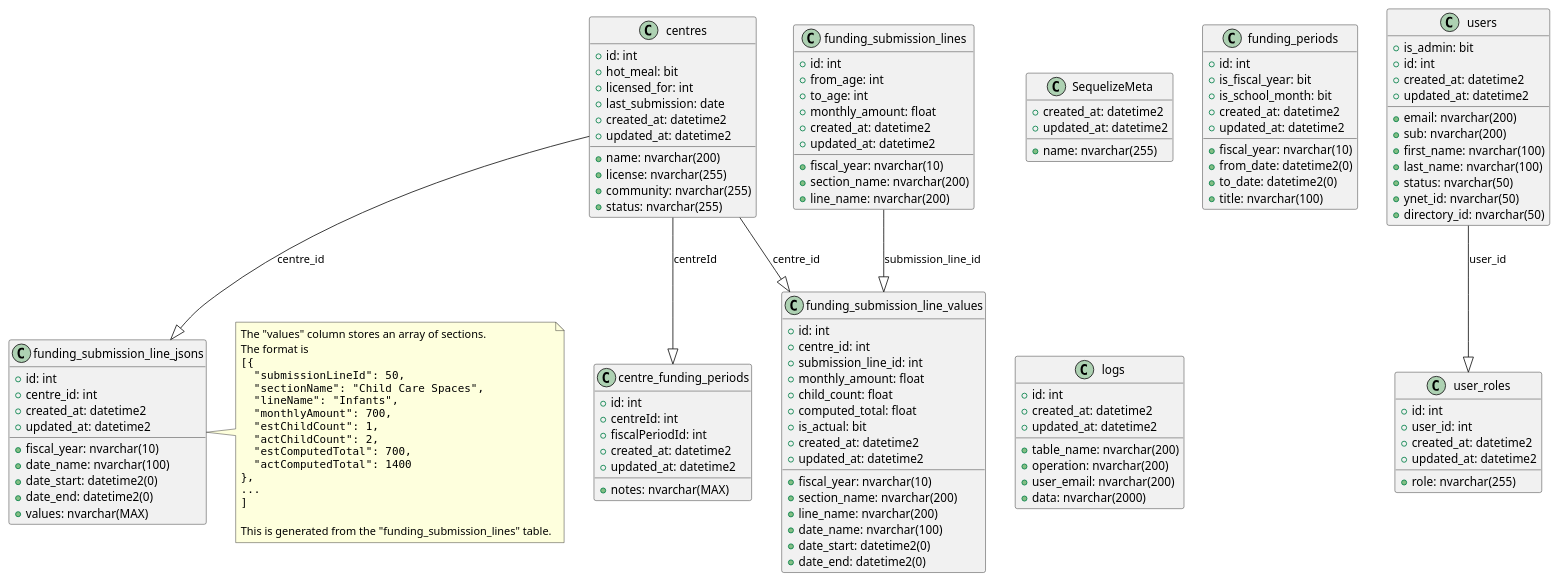
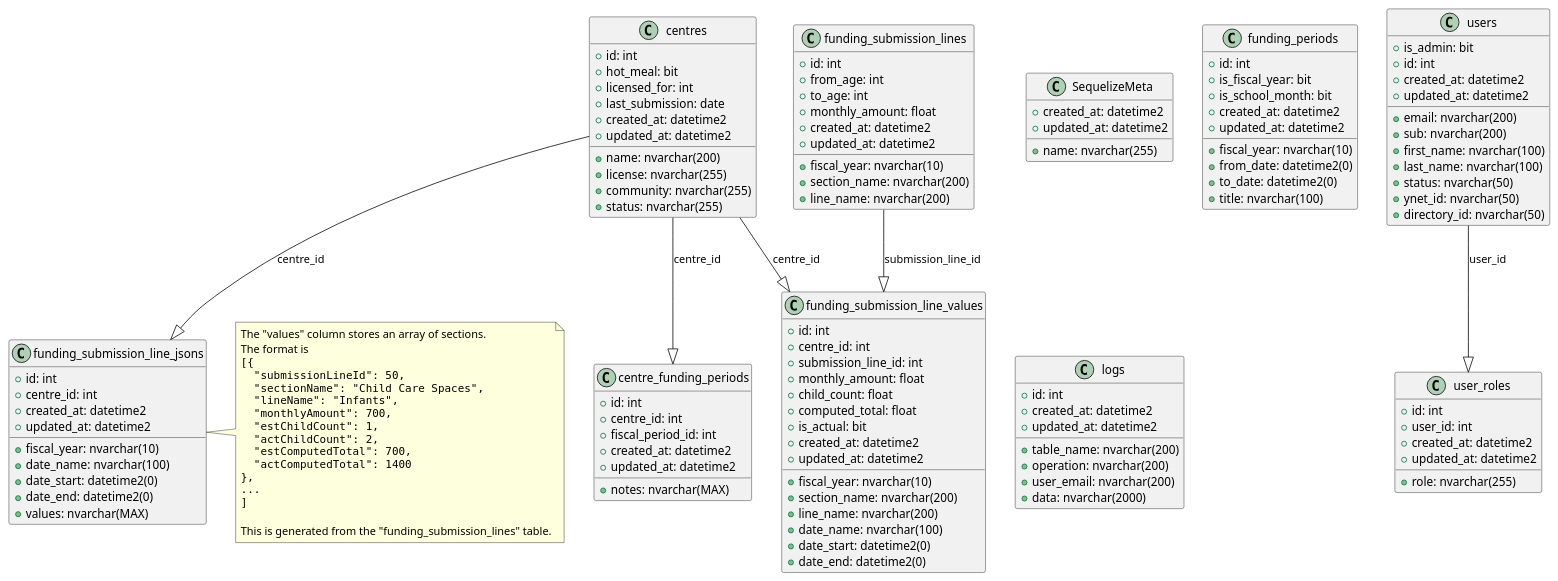
Before and after one commit to ytgov/elcc-data-management: the diagram in Design/Entity Relationship Diagrams.wsd, drawn with PlantUML.

Commit message:
:tophat: Update diagramming to use new standardized column names.

```diff
--- a/Design/Entity Relationship Diagrams.wsd
+++ b/Design/Entity Relationship Diagrams.wsd
@@ -1,144 +1,144 @@
 @startuml
 
 class "SequelizeMeta" {
   +name: nvarchar(255)
   +created_at: datetime2
   +updated_at: datetime2
 }
 
 class "centres" {
   +id: int
   +name: nvarchar(200)
   +license: nvarchar(255)
   +community: nvarchar(255)
   +status: nvarchar(255)
   +hot_meal: bit
   +licensed_for: int
   +last_submission: date
   +created_at: datetime2
   +updated_at: datetime2
 }
 
 class "funding_periods" {
   +id: int
   +fiscal_year: nvarchar(10)
   +from_date: datetime2(0)
   +to_date: datetime2(0)
   +title: nvarchar(100)
   +is_fiscal_year: bit
   +is_school_month: bit
   +created_at: datetime2
   +updated_at: datetime2
 }
 
 class "funding_submission_lines" {
   +id: int
   +fiscal_year: nvarchar(10)
   +section_name: nvarchar(200)
   +line_name: nvarchar(200)
   +from_age: int
   +to_age: int
   +monthly_amount: float
   +created_at: datetime2
   +updated_at: datetime2
 }
 
 class "logs" {
   +id: int
   +table_name: nvarchar(200)
   +operation: nvarchar(200)
   +user_email: nvarchar(200)
   +data: nvarchar(2000)
   +created_at: datetime2
   +updated_at: datetime2
 }
 
 class "users" {
   +email: nvarchar(200)
   +sub: nvarchar(200)
   +first_name: nvarchar(100)
   +last_name: nvarchar(100)
   +status: nvarchar(50)
   +is_admin: bit
   +ynet_id: nvarchar(50)
   +directory_id: nvarchar(50)
   +id: int
   +created_at: datetime2
   +updated_at: datetime2
 }
 
 class "centre_funding_periods" {
   +id: int
-  +centreId: int
-  +fiscalPeriodId: int
+  +centre_id: int
+  +fiscal_period_id: int
   +notes: nvarchar(MAX)
   +created_at: datetime2
   +updated_at: datetime2
 }
 
 class "funding_submission_line_jsons" {
   +id: int
   +centre_id: int
   +fiscal_year: nvarchar(10)
   +date_name: nvarchar(100)
   +date_start: datetime2(0)
   +date_end: datetime2(0)
   +values: nvarchar(MAX)
   +created_at: datetime2
   +updated_at: datetime2
 }
 
 note right of "funding_submission_line_jsons"
   The "values" column stores an array of sections.
   The format is
   <code>
   [{
     "submissionLineId": 50,
     "sectionName": "Child Care Spaces",
     "lineName": "Infants",
     "monthlyAmount": 700,
     "estChildCount": 1,
     "actChildCount": 2,
     "estComputedTotal": 700,
     "actComputedTotal": 1400
   },
   ...
   ]
   </code>
 
   This is generated from the "funding_submission_lines" table.
 end note
 
 class "funding_submission_line_values" {
   +id: int
   +centre_id: int
   +submission_line_id: int
   +fiscal_year: nvarchar(10)
   +section_name: nvarchar(200)
   +line_name: nvarchar(200)
   +monthly_amount: float
   +date_name: nvarchar(100)
   +date_start: datetime2(0)
   +date_end: datetime2(0)
   +child_count: float
   +computed_total: float
   +is_actual: bit
   +created_at: datetime2
   +updated_at: datetime2
 }
 
 class "user_roles" {
   +role: nvarchar(255)
   +id: int
   +user_id: int
   +created_at: datetime2
   +updated_at: datetime2
 }
 
-"centres" --|> "centre_funding_periods" : centreId
+"centres" --|> "centre_funding_periods" : centre_id
 "centres" --|> "funding_submission_line_jsons" : centre_id
 "centres" --|> "funding_submission_line_values" : centre_id
 "funding_submission_lines" --|> "funding_submission_line_values" : submission_line_id
 "users" --|> "user_roles" : user_id
 
 @enduml
```
